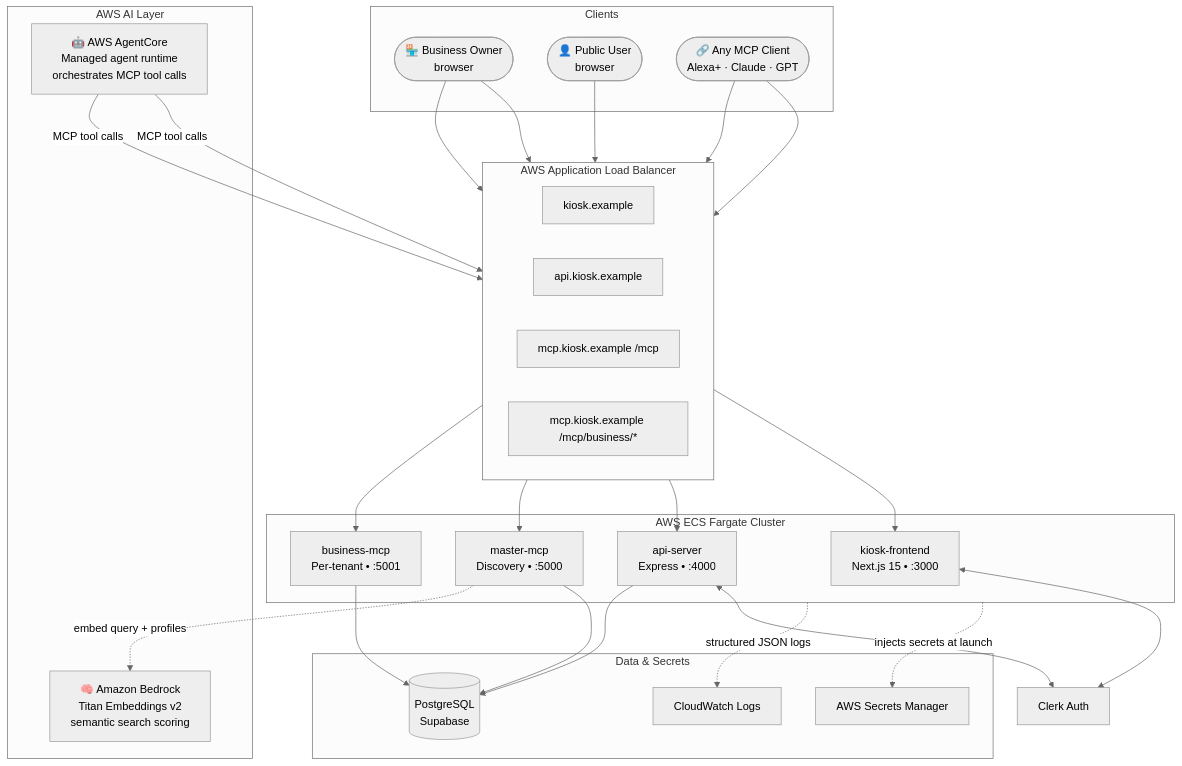
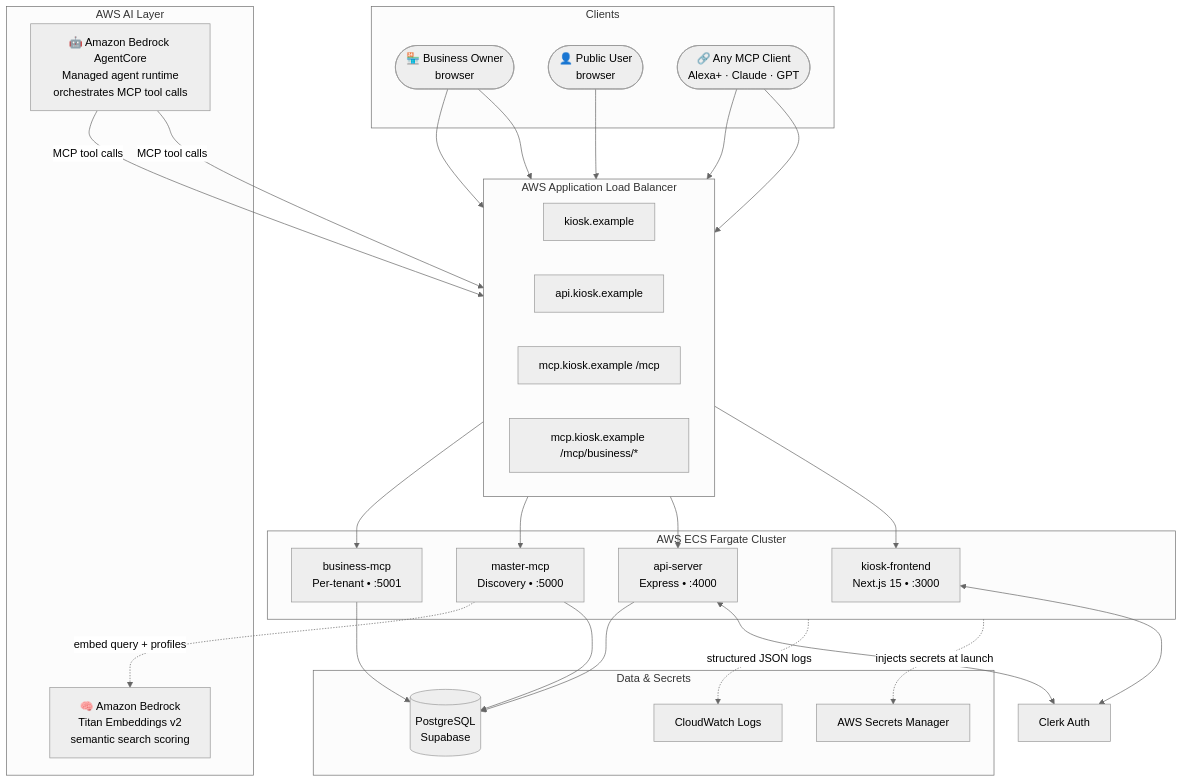
The first of 6 diagrams in README.md (De-real-iManuel/Kiosk-mcp), drawn with Mermaid (neutral theme) before and after one commit. The commit also changed other lines of this file and 1 other file, not shown here.

First line of the commit message:
docs: fact-check AWS integrations against Oct 2026 reality

````diff
--- a/README.md
+++ b/README.md
@@ -91,53 +91,53 @@
 ```mermaid
 flowchart TB
     subgraph Clients["Clients"]
         BO(["🏪 Business Owner\nbrowser"])
         HU(["👤 Public User\nbrowser"])
         AI(["🔗 Any MCP Client\nAlexa+ · Claude · GPT"])
     end
 
     subgraph AWS_AI["AWS AI Layer"]
-        AC["🤖 AWS AgentCore\nManaged agent runtime\norchestrates MCP tool calls"]
+        AC["🤖 Amazon Bedrock AgentCore\nManaged agent runtime\norchestrates MCP tool calls"]
         BR["🧠 Amazon Bedrock\nTitan Embeddings v2\nsemantic search scoring"]
     end
 
     subgraph AWS_ALB["AWS Application Load Balancer"]
         direction LR
         R1["kiosk.example"]
         R2["api.kiosk.example"]
         R3["mcp.kiosk.example /mcp"]
         R4["mcp.kiosk.example /mcp/business/*"]
     end
 
     subgraph ECS["AWS ECS Fargate Cluster"]
         FE["kiosk-frontend\nNext.js 15  •  :3000"]
         API["api-server\nExpress  •  :4000"]
         MMCP["master-mcp\nDiscovery  •  :5000"]
         BMCP["business-mcp\nPer-tenant  •  :5001"]
     end
 
     subgraph Data["Data & Secrets"]
         DB[("PostgreSQL\nSupabase")]
         SM["AWS Secrets Manager"]
         CW["CloudWatch Logs"]
     end
 
     CLERK["Clerk Auth"]
 
     BO --> R1 --> FE
     HU --> R1
     BO --> R2 --> API
     AI --> R3 --> MMCP
     AI --> R4 --> BMCP
     AC -->|"MCP tool calls"| R3
     AC -->|"MCP tool calls"| R4
 
     FE <--> CLERK
     API <--> CLERK
     API --> DB
     MMCP --> DB
     MMCP -.->|"embed query + profiles"| BR
     BMCP --> DB
     ECS -.->|"injects secrets at launch"| SM
     ECS -.->|"structured JSON logs"| CW
 ```
````
